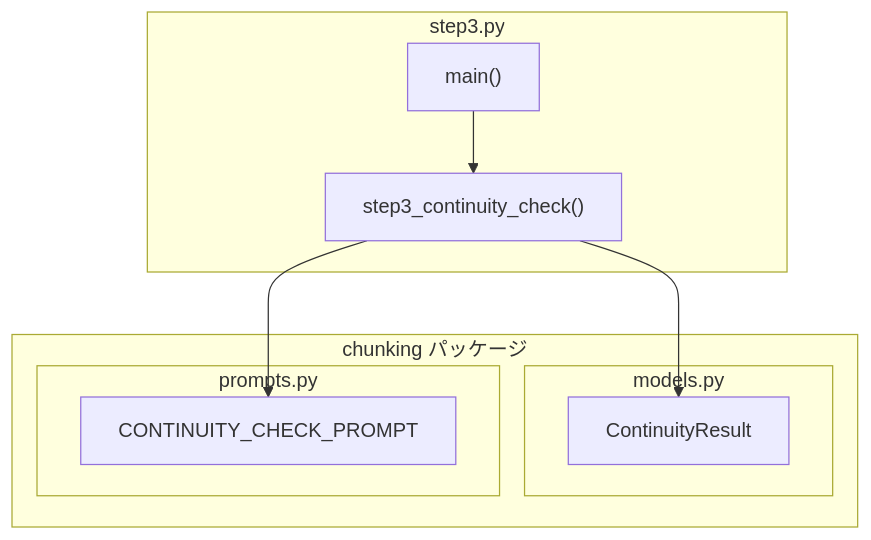
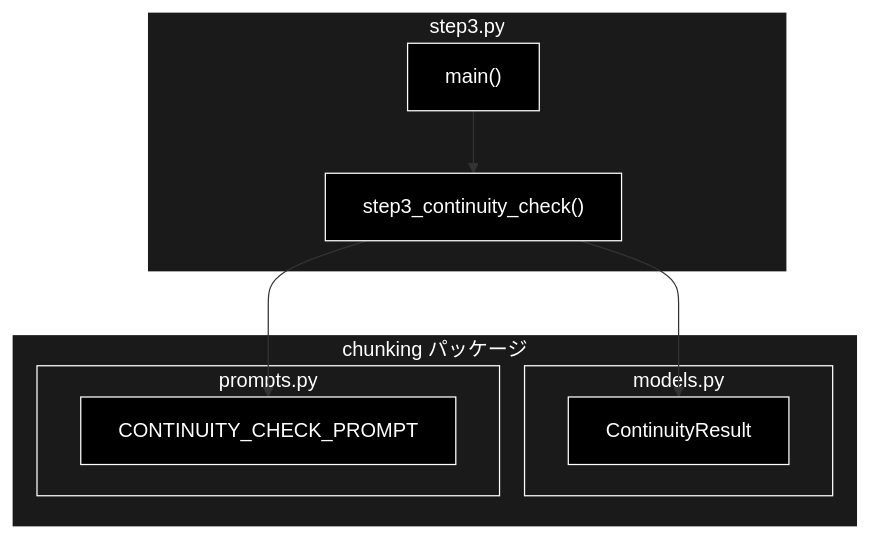
The fourth of 6 diagrams in chunking/doc/step3.md (nakashima2toshio/ollama_grace_agent_v2), drawn with Mermaid before and after one commit. The commit also changed other lines of this file and 13 other files, not shown here.

````diff
--- a/chunking/doc/step3.md
+++ b/chunking/doc/step3.md
@@ -182,20 +196,27 @@
 ```mermaid
 flowchart TB
     subgraph STEP3_PY["step3.py"]
         MAIN["main()"]
         CORE["step3_continuity_check()"]
     end
 
     subgraph CHUNKING["chunking パッケージ"]
         subgraph MODELS["models.py"]
             CR["ContinuityResult"]
         end
         subgraph PROMPTS["prompts.py"]
             CCP["CONTINUITY_CHECK_PROMPT"]
         end
     end
 
     MAIN --> CORE
     CORE --> CR
     CORE --> CCP
+classDef default fill:#000,stroke:#fff,color:#fff
+classDef subgraphStyle fill:#1a1a1a,stroke:#fff,color:#fff
+class MAIN,CORE,CR,CCP default
+style STEP3_PY fill:#1a1a1a,stroke:#fff,color:#fff
+style CHUNKING fill:#1a1a1a,stroke:#fff,color:#fff
+style MODELS fill:#1a1a1a,stroke:#fff,color:#fff
+style PROMPTS fill:#1a1a1a,stroke:#fff,color:#fff
 ```
````
